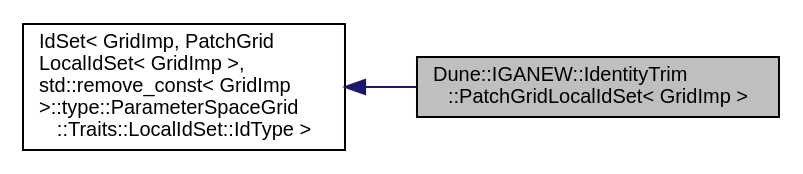
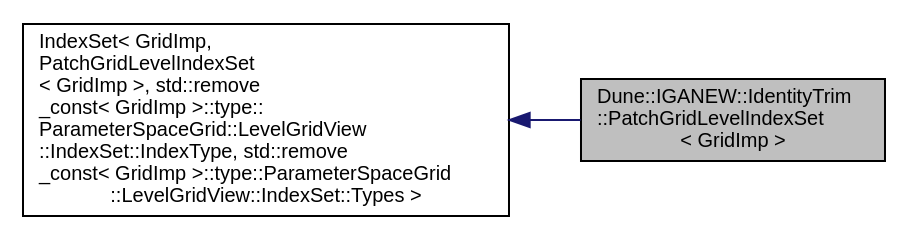
Before and after one commit to rath3t/dune-iga-doc: the diagram in d2/d0c/a01713.dot, drawn with Graphviz. The commit also changed 779 other files, not shown here.

```diff
--- a/d2/d0c/a01713.dot
+++ b/d2/d0c/a01713.dot
@@ -1,10 +1,10 @@
-digraph "Dune::IGANEW::IdentityTrim::PatchGridLocalIdSet&lt; GridImp &gt;"
+digraph "Dune::IGANEW::IdentityTrim::PatchGridLevelIndexSet&lt; GridImp &gt;"
 {
  // LATEX_PDF_SIZE
   edge [fontname="Helvetica",fontsize="10",labelfontname="Helvetica",labelfontsize="10"];
   node [fontname="Helvetica",fontsize="10",shape=record];
   rankdir="LR";
-  Node1 [label="Dune::IGANEW::IdentityTrim\l::PatchGridLocalIdSet\< GridImp \>",height=0.2,width=0.4,color="black", fillcolor="grey75", style="filled", fontcolor="black",tooltip=" "];
+  Node1 [label="Dune::IGANEW::IdentityTrim\l::PatchGridLevelIndexSet\l\< GridImp \>",height=0.2,width=0.4,color="black", fillcolor="grey75", style="filled", fontcolor="black",tooltip=" "];
   Node2 -> Node1 [dir="back",color="midnightblue",fontsize="10",style="solid",fontname="Helvetica"];
-  Node2 [label="IdSet\< GridImp, PatchGrid\lLocalIdSet\< GridImp \>,\l std::remove_const\< GridImp\l \>::type::ParameterSpaceGrid\l::Traits::LocalIdSet::IdType \>",height=0.2,width=0.4,color="black", fillcolor="white", style="filled",tooltip=" "];
+  Node2 [label="IndexSet\< GridImp,\l PatchGridLevelIndexSet\l\< GridImp \>, std::remove\l_const\< GridImp \>::type::\lParameterSpaceGrid::LevelGridView\l::IndexSet::IndexType, std::remove\l_const\< GridImp \>::type::ParameterSpaceGrid\l::LevelGridView::IndexSet::Types \>",height=0.2,width=0.4,color="black", fillcolor="white", style="filled",tooltip=" "];
 }
```
